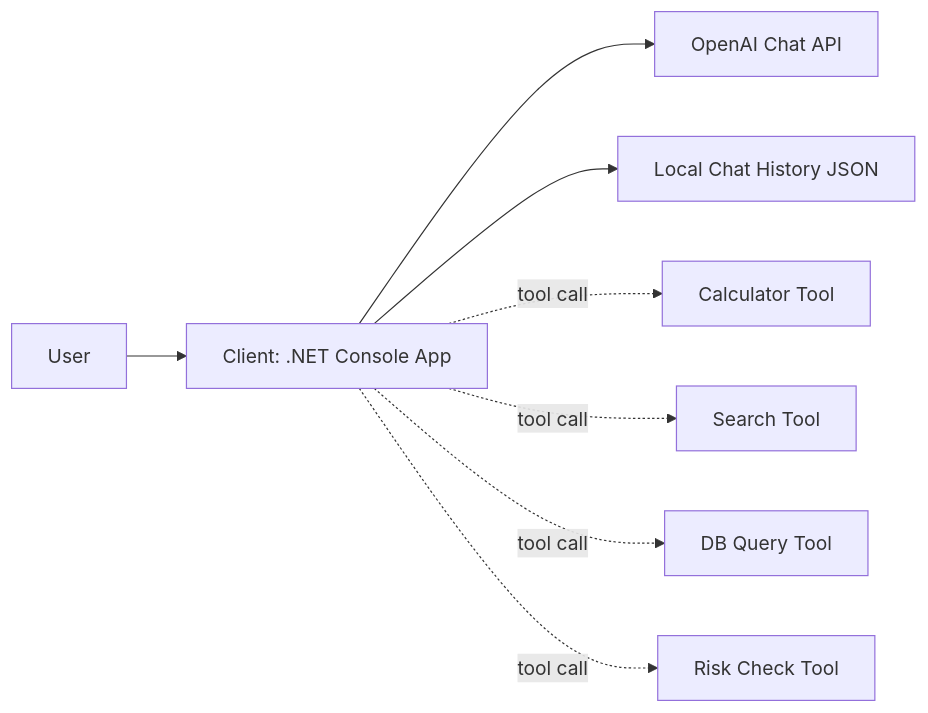
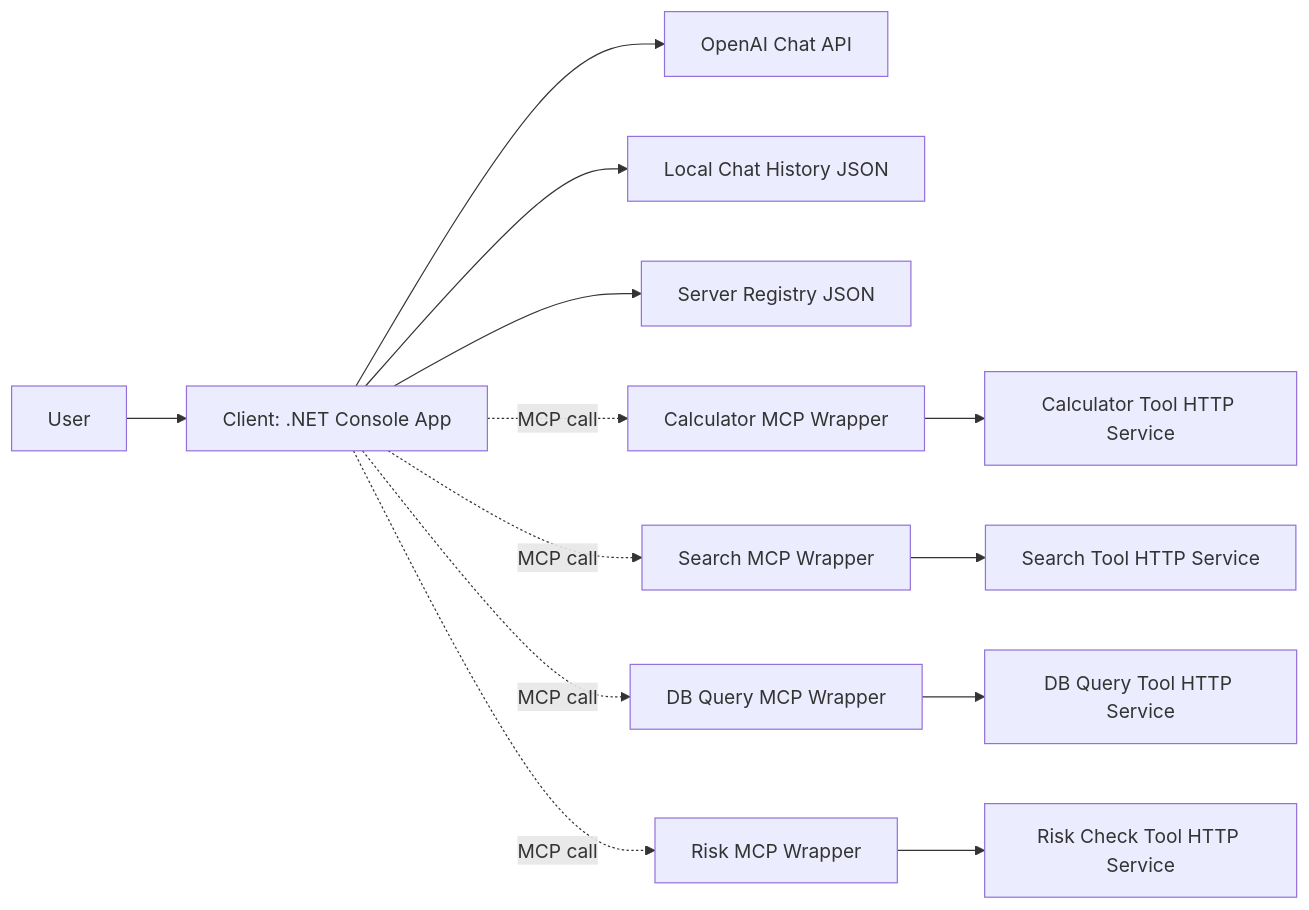
The first of 2 diagrams in spec/high-level-design.md (chabasinskiprzemyslaw/mcp-poc), drawn with Mermaid before and after one commit. The commit also changed other lines of this file and 17 other files, not shown here.

First line of the commit message:
feat: Add FastMCP wrapper layer for tool services

````diff
--- a/spec/high-level-design.md
+++ b/spec/high-level-design.md
@@ -44,10 +46,15 @@
 ```mermaid
 flowchart LR
     U[User] --> C[Client: .NET Console App]
     C --> O[OpenAI Chat API]
     C --> H[Local Chat History JSON]
-    C -. tool call .-> T1[Calculator Tool]
-    C -. tool call .-> T2[Search Tool]
-    C -. tool call .-> T3[DB Query Tool]
-    C -. tool call .-> T4[Risk Check Tool]
+    C --> R[Server Registry JSON]
+    C -. MCP call .-> M1[Calculator MCP Wrapper]
+    C -. MCP call .-> M2[Search MCP Wrapper]
+    C -. MCP call .-> M3[DB Query MCP Wrapper]
+    C -. MCP call .-> M4[Risk MCP Wrapper]
+    M1 --> T1[Calculator Tool HTTP Service]
+    M2 --> T2[Search Tool HTTP Service]
+    M3 --> T3[DB Query Tool HTTP Service]
+    M4 --> T4[Risk Check Tool HTTP Service]
 ```
````
